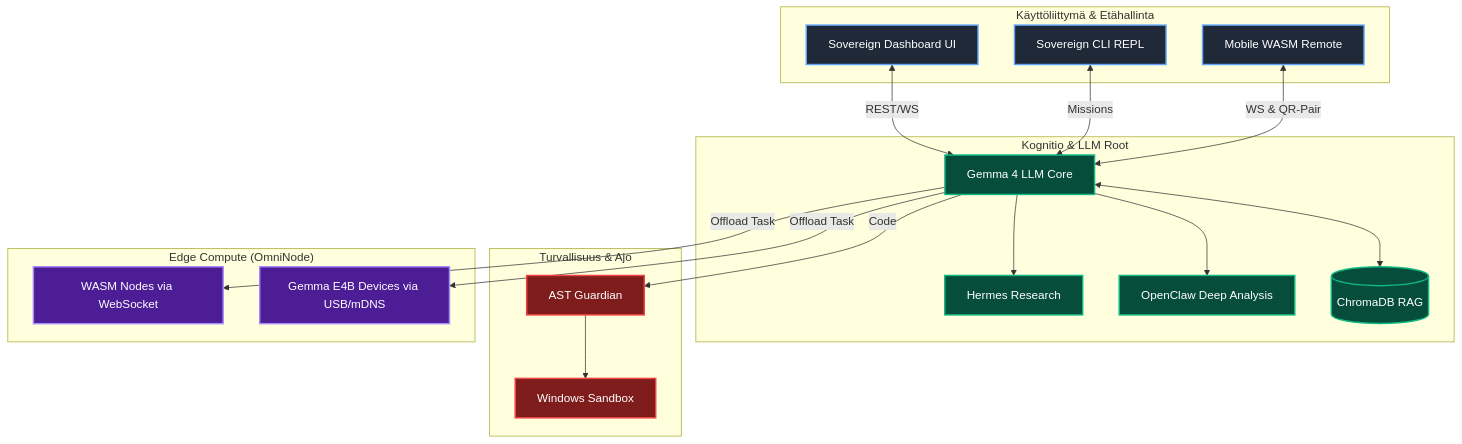
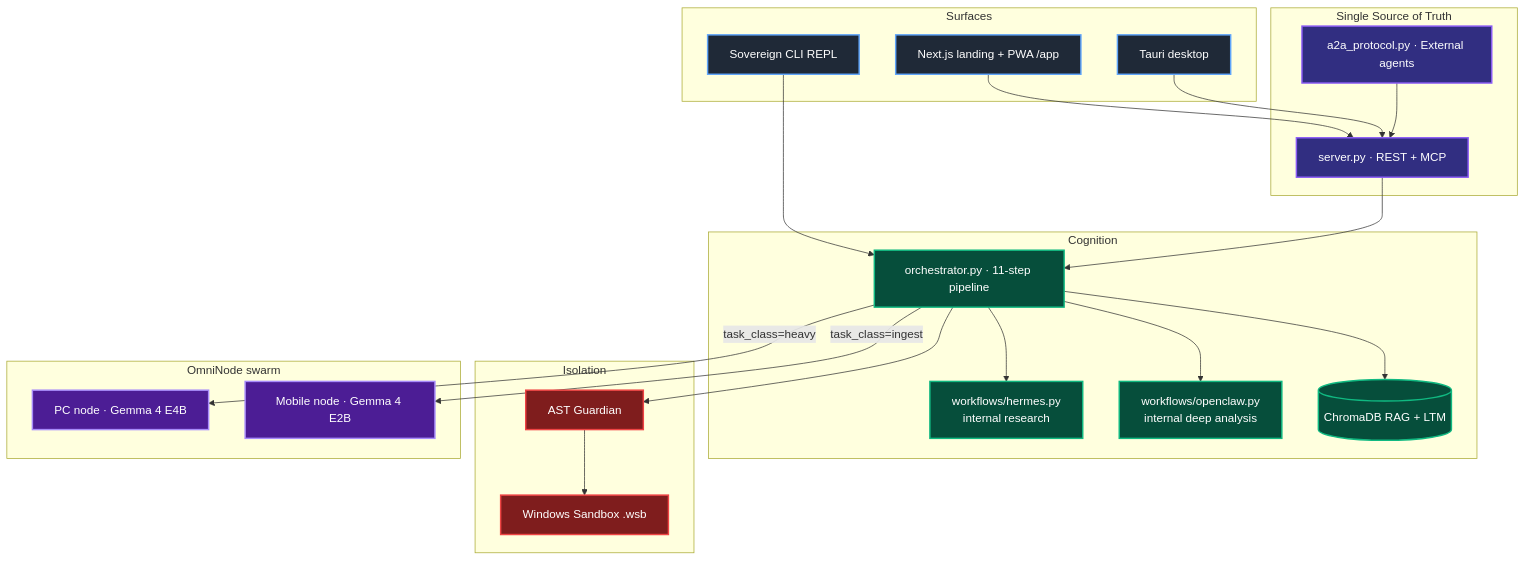
The diagram in README.md (harleysederholm-alt/AgentDir), drawn with Mermaid before and after one commit. The commit also changed other lines of this file and 7 other files, not shown here.

First line of the commit message:
feat(v4.2): sovereign audit — A2A scaffold, OmniNode role-routing, API symbiosis doc, README polish

````diff
--- a/README.md
+++ b/README.md
@@ -38,43 +129,49 @@
 ```mermaid
 graph TD
     classDef ui fill:#1F2937,stroke:#60A5FA,stroke-width:2px,color:#fff
     classDef core fill:#312E81,stroke:#8B5CF6,stroke-width:2px,color:#fff
     classDef mem fill:#064E3B,stroke:#10B981,stroke-width:2px,color:#fff
     classDef exe fill:#7F1D1D,stroke:#EF4444,stroke-width:2px,color:#fff
     classDef net fill:#4C1D95,stroke:#A78BFA,stroke-width:2px,color:#fff
 
-    subgraph UI["Käyttöliittymä & Etähallinta"]
-        T[Sovereign Dashboard UI]:::ui
+    subgraph UI["Surfaces"]
+        WEB[Next.js landing + PWA /app]:::ui
+        TAURI[Tauri desktop]:::ui
         CLI[Sovereign CLI REPL]:::ui
-        Mobile[Mobile WASM Remote]:::ui
     end
 
-    subgraph COGNET["Kognitio & LLM Root"]
-        Hermes[Hermes Research]:::mem
-        OC[OpenClaw Deep Analysis]:::mem
-        LLM[Gemma 4 LLM Core]:::mem
-        RAG[(ChromaDB RAG)]:::mem
+    subgraph API["Single Source of Truth"]
+        REST[server.py · REST + MCP]:::core
+        A2A[a2a_protocol.py · External agents]:::core
     end
 
-    subgraph EXEC["Turvallisuus & Ajo"]
-        AST[AST Guardian]:::exe
-        WSBOX[Windows Sandbox]:::exe
+    subgraph COG["Cognition"]
+        ORCH[orchestrator.py · 11-step pipeline]:::mem
+        HERMES[workflows/hermes.py<br/>internal research]:::mem
+        OC[workflows/openclaw.py<br/>internal deep analysis]:::mem
+        RAG[(ChromaDB RAG + LTM)]:::mem
     end
 
-    subgraph NETWORK["Edge Compute (OmniNode)"]
-        OMNI_WS[WASM Nodes via WebSocket]:::net
-        OMNI_MDNS[Gemma E4B Devices via USB/mDNS]:::net
+    subgraph EXEC["Isolation"]
+        AST[AST Guardian]:::exe
+        WSBOX[Windows Sandbox .wsb]:::exe
     end
 
-    %% Yhteydet
-    T <--> |REST/WS| LLM
-    CLI <--> |Missions| LLM
-    Mobile <--> |WS & QR-Pair| LLM
-    LLM <--> RAG
-    LLM --> Hermes
-    LLM --> OC
-    LLM --> |Code| AST
+    subgraph NET["OmniNode swarm"]
+        PC[PC node · Gemma 4 E4B]:::net
+        MOB[Mobile node · Gemma 4 E2B]:::net
+    end
+
+    WEB --> REST
+    TAURI --> REST
+    CLI --> ORCH
+    REST --> ORCH
+    A2A --> REST
+    ORCH --> HERMES
+    ORCH --> OC
+    ORCH --> RAG
+    ORCH --> AST
     AST --> WSBOX
-    LLM --> |Offload Task| OMNI_WS
-    LLM --> |Offload Task| OMNI_MDNS
+    ORCH -->|task_class=heavy| PC
+    ORCH -->|task_class=ingest| MOB
 ```
````
